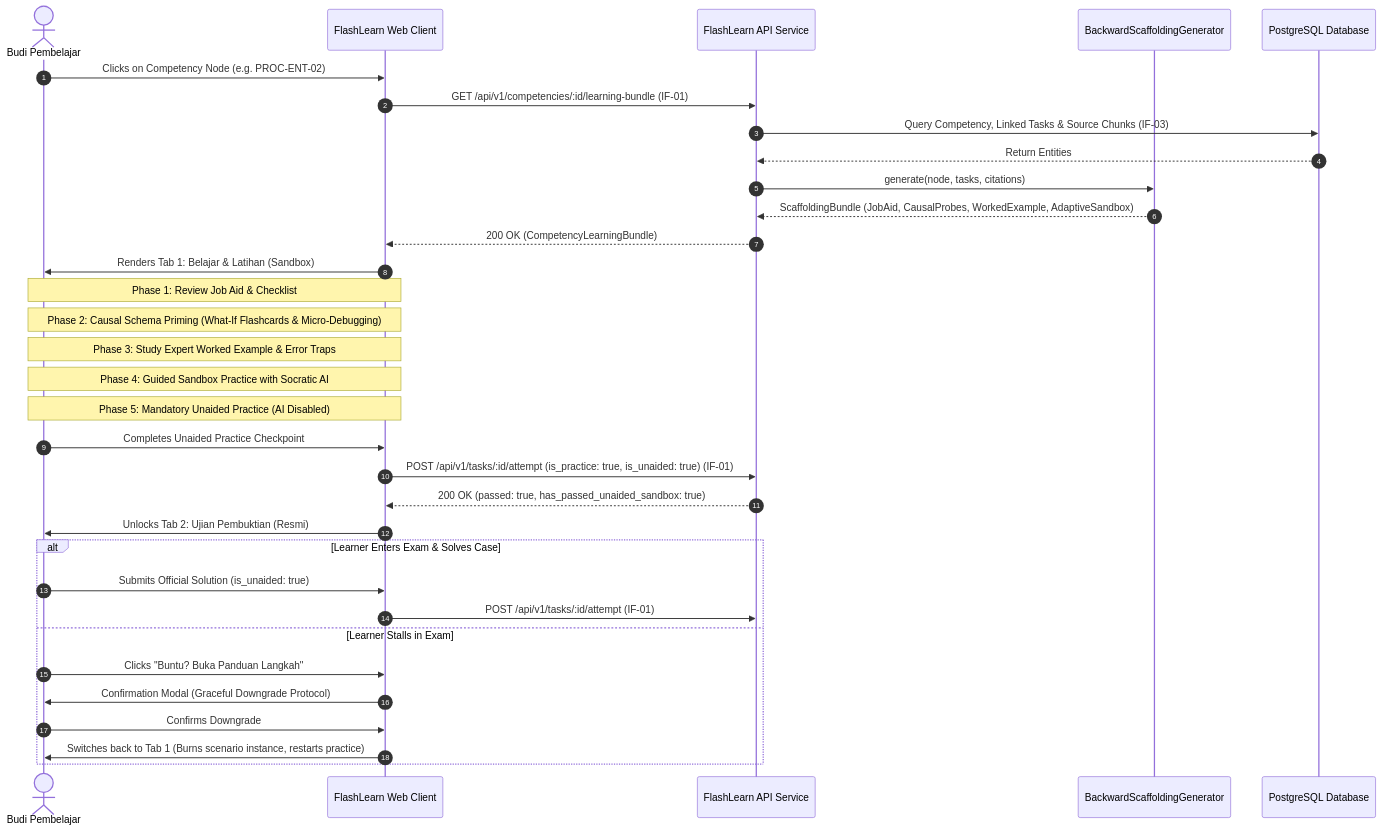
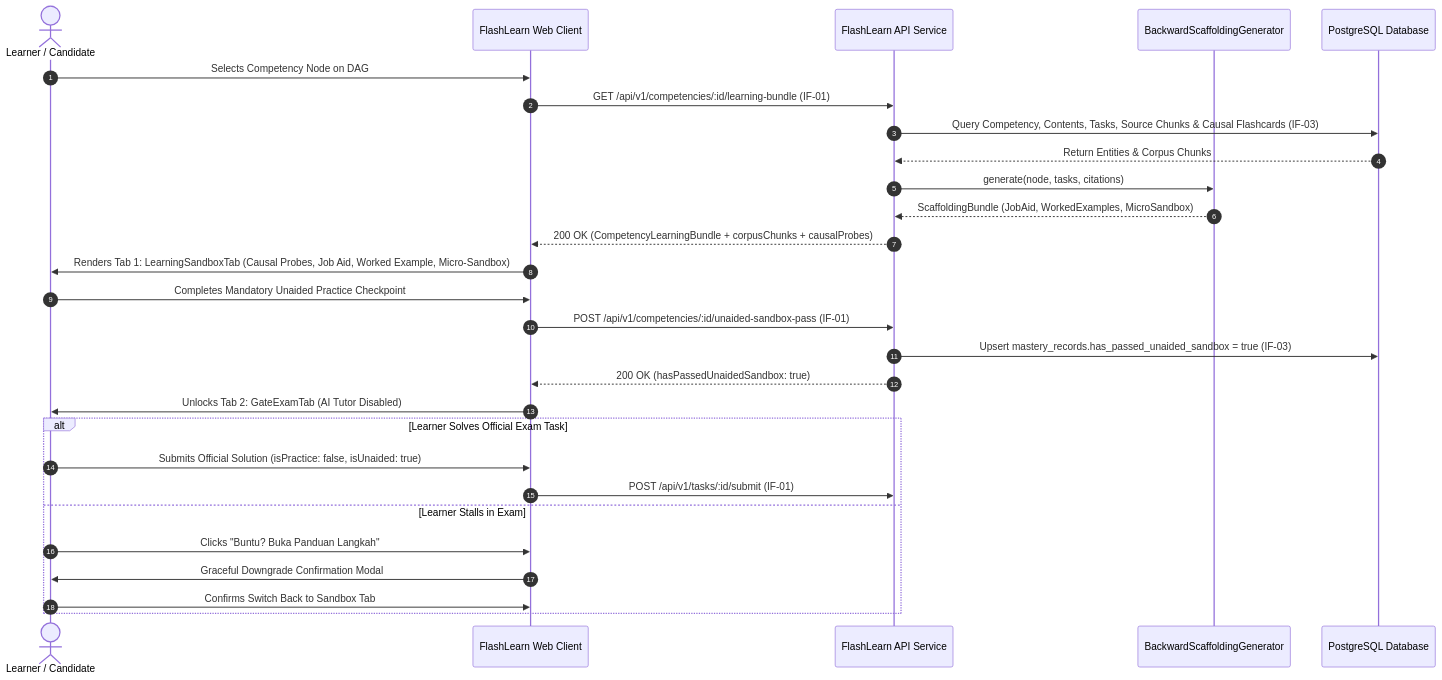
One commit to ihkaru/flashlearn changed the first of 3 diagrams in docs/architecture/06_runtime_view.md. Above: the diagram before and after it, drawn with Mermaid. The commit also changed other lines of this file and 69 other files, not shown here.

````diff
--- a/docs/architecture/06_runtime_view.md
+++ b/docs/architecture/06_runtime_view.md
@@ -28,39 +28,33 @@
 ```mermaid
 sequenceDiagram
     autonumber
-    actor Learner as Budi Pembelajar
+    actor Learner as Learner / Candidate
     participant Web as FlashLearn Web Client
     participant API as FlashLearn API Service
     participant Scaffolder as BackwardScaffoldingGenerator
     participant DB as PostgreSQL Database
 
-    Learner->>Web: Clicks on Competency Node (e.g. PROC-ENT-02)
+    Learner->>Web: Selects Competency Node on DAG
     Web->>API: GET /api/v1/competencies/:id/learning-bundle (IF-01)
-    API->>DB: Query Competency, Linked Tasks & Source Chunks (IF-03)
-    DB-->>API: Return Entities
+    API->>DB: Query Competency, Contents, Tasks, Source Chunks & Causal Flashcards (IF-03)
+    DB-->>API: Return Entities & Corpus Chunks
     API->>Scaffolder: generate(node, tasks, citations)
-    Scaffolder-->>API: ScaffoldingBundle (JobAid, CausalProbes, WorkedExample, AdaptiveSandbox)
-    API-->>Web: 200 OK (CompetencyLearningBundle)
-    
-    Web->>Learner: Renders Tab 1: Belajar & Latihan (Sandbox)
-    Note over Learner,Web: Phase 1: Review Job Aid & Checklist
-    Note over Learner,Web: Phase 2: Causal Schema Priming (What-If Flashcards & Micro-Debugging)
-    Note over Learner,Web: Phase 3: Study Expert Worked Example & Error Traps
-    Note over Learner,Web: Phase 4: Guided Sandbox Practice with Socratic AI
-    Note over Learner,Web: Phase 5: Mandatory Unaided Practice (AI Disabled)
+    Scaffolder-->>API: ScaffoldingBundle (JobAid, WorkedExamples, MicroSandbox)
+    API-->>Web: 200 OK (CompetencyLearningBundle + corpusChunks + causalProbes)
 
-    Learner->>Web: Completes Unaided Practice Checkpoint
-    Web->>API: POST /api/v1/tasks/:id/attempt (is_practice: true, is_unaided: true) (IF-01)
-    API-->>Web: 200 OK (passed: true, has_passed_unaided_sandbox: true)
-    Web->>Learner: Unlocks Tab 2: Ujian Pembuktian (Resmi)
-    
-    alt Learner Enters Exam & Solves Case
-        Learner->>Web: Submits Official Solution (is_unaided: true)
-        Web->>API: POST /api/v1/tasks/:id/attempt (IF-01)
+    Web->>Learner: Renders Tab 1: LearningSandboxTab (Causal Probes, Job Aid, Worked Example, Micro-Sandbox)
+    Learner->>Web: Completes Mandatory Unaided Practice Checkpoint
+    Web->>API: POST /api/v1/competencies/:id/unaided-sandbox-pass (IF-01)
+    API->>DB: Upsert mastery_records.has_passed_unaided_sandbox = true (IF-03)
+    API-->>Web: 200 OK (hasPassedUnaidedSandbox: true)
+    Web->>Learner: Unlocks Tab 2: GateExamTab (AI Tutor Disabled)
+
+    alt Learner Solves Official Exam Task
+        Learner->>Web: Submits Official Solution (isPractice: false, isUnaided: true)
+        Web->>API: POST /api/v1/tasks/:id/submit (IF-01)
     else Learner Stalls in Exam
         Learner->>Web: Clicks "Buntu? Buka Panduan Langkah"
-        Web->>Learner: Confirmation Modal (Graceful Downgrade Protocol)
-        Learner->>Web: Confirms Downgrade
-        Web->>Learner: Switches back to Tab 1 (Burns scenario instance, restarts practice)
+        Web->>Learner: Graceful Downgrade Confirmation Modal
+        Learner->>Web: Confirms Switch Back to Sandbox Tab
     end
 ```
````
